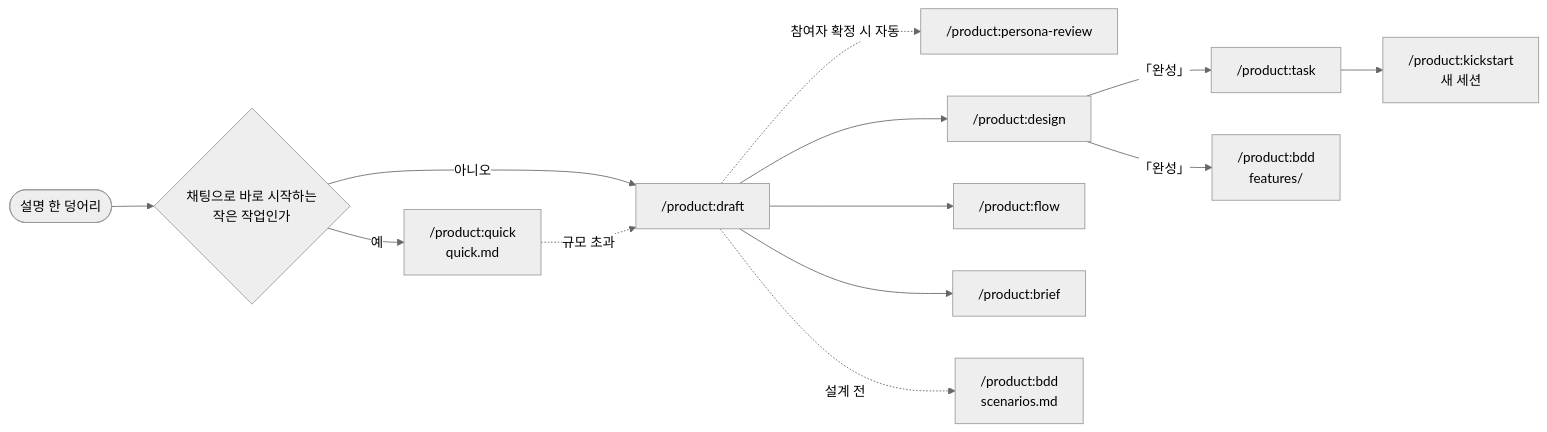
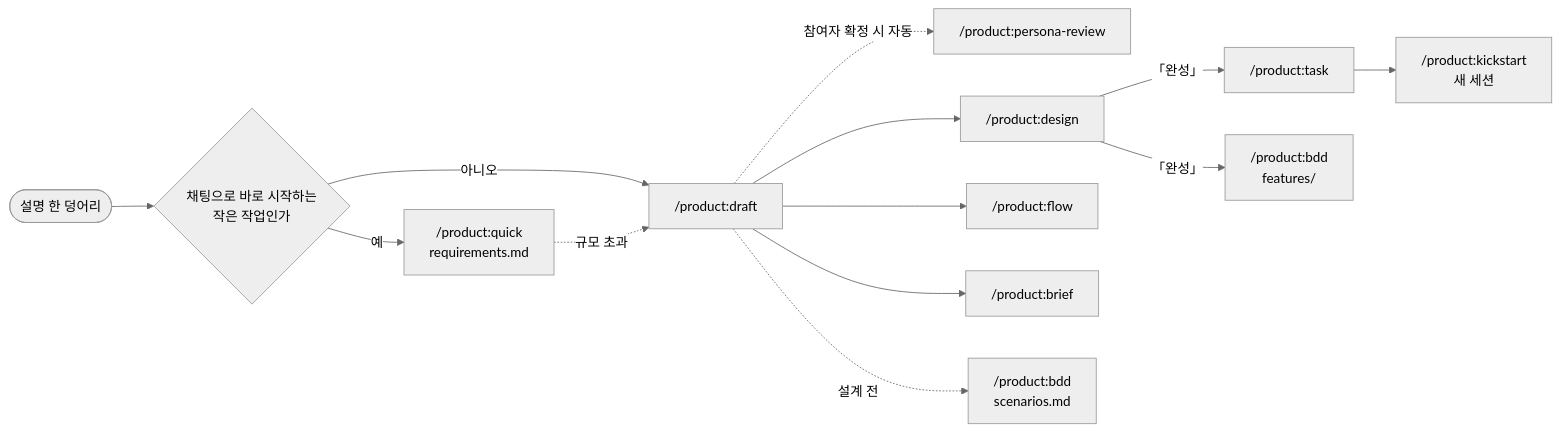
Before and after one commit to dorage/product-skills: the diagram in plugins/product/WORKFLOW.md, drawn with Mermaid (neutral theme). The commit also changed other lines of this file and 13 other files, not shown here.

First line of the commit message:
feat(product):기능 폴더를 yymmdd_영어요약으로 quick도 requirements.md

````diff
--- a/plugins/product/WORKFLOW.md
+++ b/plugins/product/WORKFLOW.md
@@ -12,15 +12,15 @@
 ```mermaid
 flowchart LR
     start([설명 한 덩어리]) --> size{채팅으로 바로 시작하는<br/>작은 작업인가}
-    size -- 예 --> quick["/product:quick<br/>quick.md"]
+    size -- 예 --> quick["/product:quick<br/>requirements.md"]
     size -- 아니오 --> draft["/product:draft"]
     draft -. 참여자 확정 시 자동 .-> review["/product:persona-review"]
     quick -. 규모 초과 .-> draft
     draft --> design["/product:design"]
     draft --> flow["/product:flow"]
     draft --> brief["/product:brief"]
     draft -. 설계 전 .-> bddp["/product:bdd<br/>scenarios.md"]
     design -- 「완성」 --> task["/product:task"]
     design -- 「완성」 --> bdd["/product:bdd<br/>features/"]
     task --> kick["/product:kickstart<br/>새 세션"]
 ```
````
